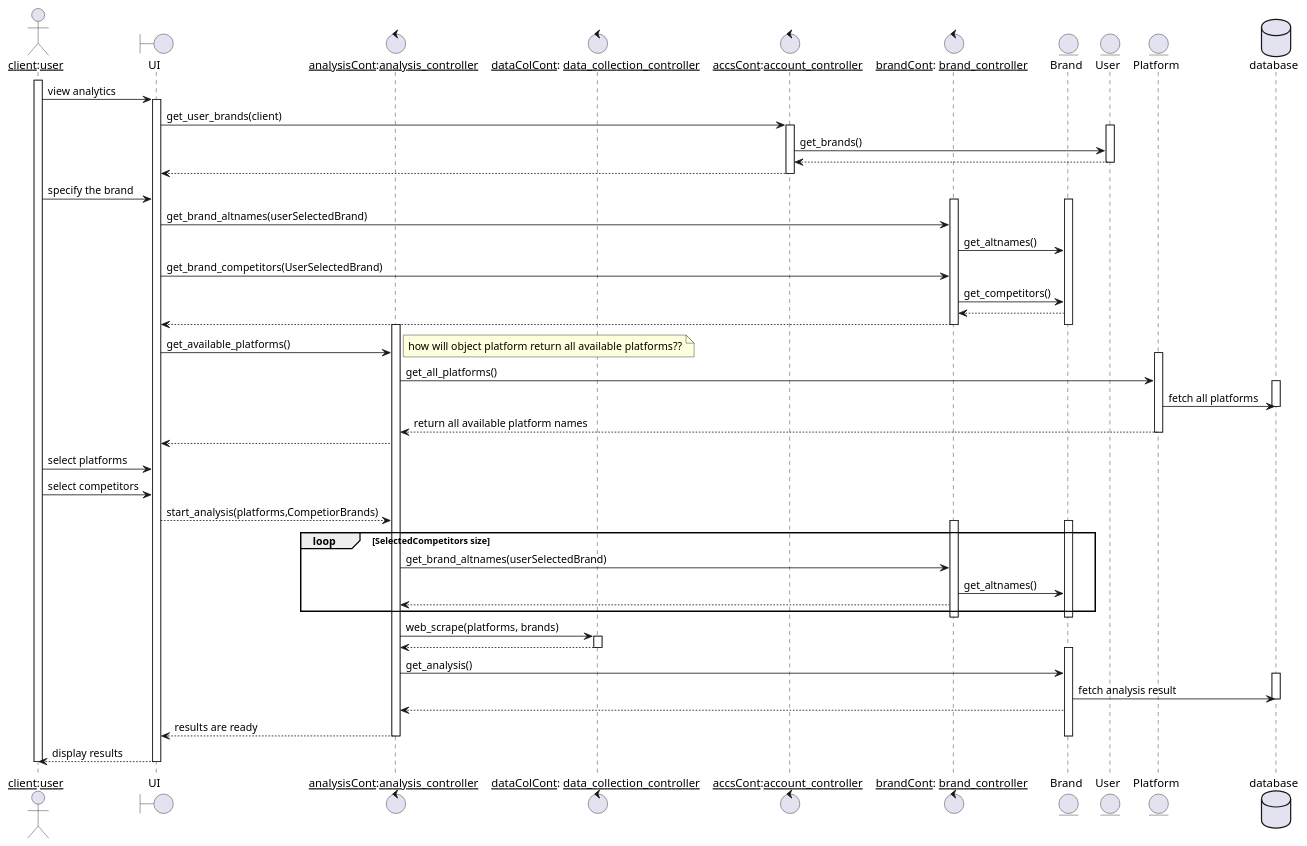
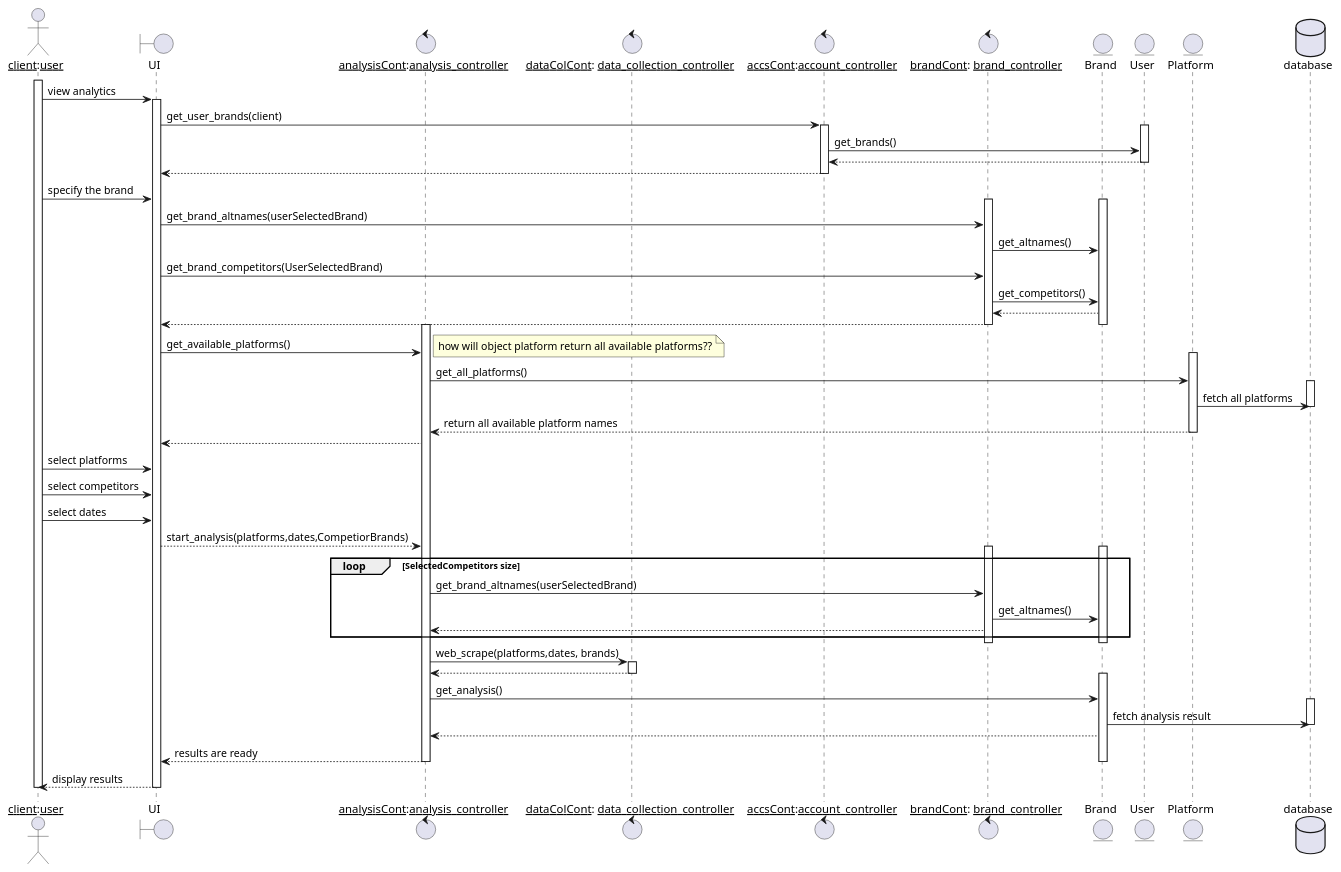
Before and after one commit to NadaaSelim/GP: the diagram in Graphs/sequence_view_analytics.puml, drawn with PlantUML. The commit also changed 14 other files, not shown here.

Commit message:
diagrams edits + more webscraping

```diff
--- a/Graphs/sequence_view_analytics.puml
+++ b/Graphs/sequence_view_analytics.puml
@@ -1,114 +1,116 @@
 @startuml
 actor "__client__:__user__" as client
 boundary UI
 control "__analysisCont__:__analysis_controller__" as AC
 control "__dataColCont__: __data_collection_controller__" as DC
 control "__accsCont__:__account_controller__" as AccsC
 control "__brandCont__: __brand_controller__" as BC
 
 entity Brand
 entity User
 entity Platform
 database database
 
 
 activate client
 client -> UI: view analytics
 activate UI
 UI -> AccsC: get_user_brands(client)
 activate AccsC
 activate User
 AccsC -> User: get_brands()
 User --> AccsC:
 deactivate User
 AccsC --> UI:
 deactivate AccsC
 UI <- client: specify the brand
 activate BC
 activate Brand
 
 UI -> BC : get_brand_altnames(userSelectedBrand)
 BC -> Brand: get_altnames()
 
 UI -> BC: get_brand_competitors(UserSelectedBrand)
 BC -> Brand: get_competitors()
 Brand --> BC:
 BC --> UI:
 deactivate BC
 deactivate Brand
 activate AC
 UI -> AC: get_available_platforms()
 activate Platform
 
 note right
 how will object platform return all available platforms??
 end note
 AC -> Platform: get_all_platforms()
 activate database
 Platform -> database : fetch all platforms
 deactivate database
 Platform --> AC: return all available platform names
 deactivate Platform
 AC --> UI: 
 UI <- client : select platforms
 UI <- client : select competitors
-UI --> AC: start_analysis(platforms,CompetiorBrands)
+UI <- client : select dates
+
+UI --> AC: start_analysis(platforms,dates,CompetiorBrands)
 activate BC
 activate Brand
 loop SelectedCompetitors size
     AC -> BC: get_brand_altnames(userSelectedBrand)
     BC -> Brand: get_altnames()
     BC --> AC:
 end 
 deactivate Brand
 deactivate BC 
-AC -> DC : web_scrape(platforms, brands)
+AC -> DC : web_scrape(platforms,dates, brands)
 activate DC
 DC --> AC: 
 deactivate DC
 activate Brand
 AC -> Brand : get_analysis()
 activate database
 Brand -> database: fetch analysis result
 deactivate database
 Brand --> AC:
 AC --> UI : results are ready
 deactivate Brand
 
 deactivate AC
 UI --> client : display results
 deactivate UI
 deactivate client
 
 /'UI --> AC: start_analysis(client)
 AC -> Brand: get_alt_names()
 Brand--> AC: return brand alt names
 activate AccsC
 AC -> AccsC: get_competitors(brand)
 AccsC -> User: get_competitors()
 User --> AccsC:
 deactivate AccsC
 loop competitors_size times
     AC -> Brand: get_alt_names()
     AC <-- Brand:
 end
 
 AC -> DC : web_scrape(platforms, brands)
 activate DC
 DC --> AC: 
 deactivate DC
 
 AC -> Brand : get_analysis()
 Brand -> database: fetch analysis result
 Brand --> AC:
 deactivate database
 AC --> UI : results are ready
 deactivate Brand
 
 deactivate AC
 UI --> client : display results
 deactivate UI
 deactivate client
 
 '/
 @enduml
```
